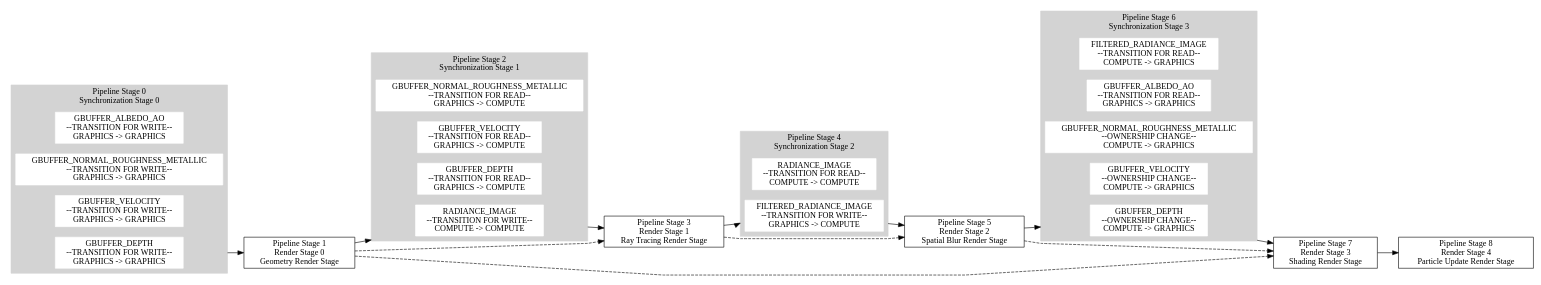
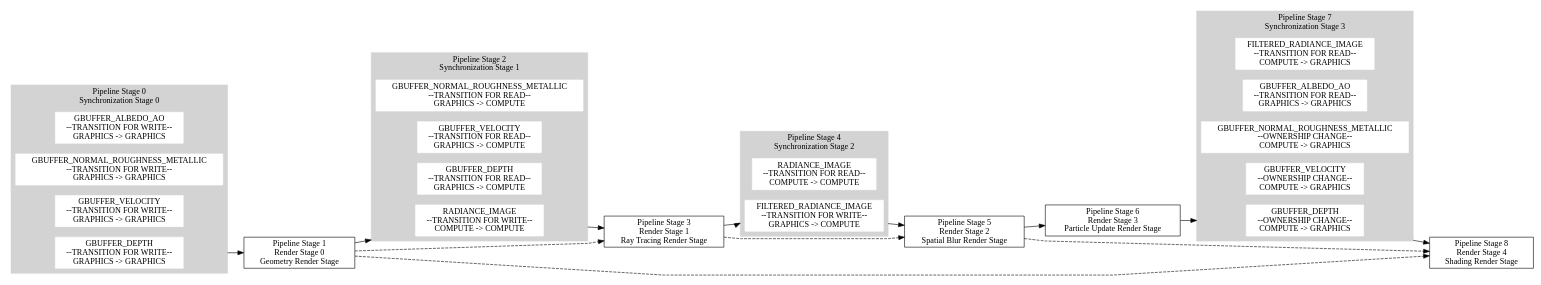
The diagram in Sandbox/rs_ord_test_render_graph.dot (IbexOmega/CrazyCanvas), drawn with Graphviz before and after one commit. The commit also changed 14 other files, not shown here.

Commit message:
Render Graph Small Refactor, Started initializing rendering stuff

```diff
--- a/Sandbox/rs_ord_test_render_graph.dot
+++ b/Sandbox/rs_ord_test_render_graph.dot
@@ -1,61 +1,61 @@
 digraph G {
 compound=true;
 	rankdir = LR;
 	splines=polyline
 	subgraph cluster0{
 		node [style=filled,color=white];
 		style = filled;
 		color = lightgrey;
 		label = "Pipeline Stage 0\nSynchronization Stage 0";
 		as0 [shape=box,label="GBUFFER_ALBEDO_AO\n--TRANSITION FOR WRITE--\nGRAPHICS -> GRAPHICS"];
 		as1 [shape=box,label="GBUFFER_NORMAL_ROUGHNESS_METALLIC\n--TRANSITION FOR WRITE--\nGRAPHICS -> GRAPHICS"];
 		as2 [shape=box,label="GBUFFER_VELOCITY\n--TRANSITION FOR WRITE--\nGRAPHICS -> GRAPHICS"];
 		as3 [shape=box,label="GBUFFER_DEPTH\n--TRANSITION FOR WRITE--\nGRAPHICS -> GRAPHICS"];
 	}
 	rs0 [shape = box, label = "Pipeline Stage 1\nRender Stage 0\nGeometry Render Stage"];
 	subgraph cluster1{
 		node [style=filled,color=white];
 		style = filled;
 		color = lightgrey;
 		label = "Pipeline Stage 2\nSynchronization Stage 1";
 		as4 [shape=box,label="GBUFFER_NORMAL_ROUGHNESS_METALLIC\n--TRANSITION FOR READ--\nGRAPHICS -> COMPUTE"];
 		as5 [shape=box,label="GBUFFER_VELOCITY\n--TRANSITION FOR READ--\nGRAPHICS -> COMPUTE"];
 		as6 [shape=box,label="GBUFFER_DEPTH\n--TRANSITION FOR READ--\nGRAPHICS -> COMPUTE"];
 		as7 [shape=box,label="RADIANCE_IMAGE\n--TRANSITION FOR WRITE--\nCOMPUTE -> COMPUTE"];
 	}
 	rs1 [shape = box, label = "Pipeline Stage 3\nRender Stage 1\nRay Tracing Render Stage"];
 	subgraph cluster2{
 		node [style=filled,color=white];
 		style = filled;
 		color = lightgrey;
 		label = "Pipeline Stage 4\nSynchronization Stage 2";
 		as8 [shape=box,label="RADIANCE_IMAGE\n--TRANSITION FOR READ--\nCOMPUTE -> COMPUTE"];
 		as9 [shape=box,label="FILTERED_RADIANCE_IMAGE\n--TRANSITION FOR WRITE--\nGRAPHICS -> COMPUTE"];
 	}
 	rs2 [shape = box, label = "Pipeline Stage 5\nRender Stage 2\nSpatial Blur Render Stage"];
+	rs3 [shape = box, label = "Pipeline Stage 6\nRender Stage 3\nParticle Update Render Stage"];
 	subgraph cluster3{
 		node [style=filled,color=white];
 		style = filled;
 		color = lightgrey;
-		label = "Pipeline Stage 6\nSynchronization Stage 3";
+		label = "Pipeline Stage 7\nSynchronization Stage 3";
 		as10 [shape=box,label="FILTERED_RADIANCE_IMAGE\n--TRANSITION FOR READ--\nCOMPUTE -> GRAPHICS"];
 		as11 [shape=box,label="GBUFFER_ALBEDO_AO\n--TRANSITION FOR READ--\nGRAPHICS -> GRAPHICS"];
 		as12 [shape=box,label="GBUFFER_NORMAL_ROUGHNESS_METALLIC\n--OWNERSHIP CHANGE--\nCOMPUTE -> GRAPHICS"];
 		as13 [shape=box,label="GBUFFER_VELOCITY\n--OWNERSHIP CHANGE--\nCOMPUTE -> GRAPHICS"];
 		as14 [shape=box,label="GBUFFER_DEPTH\n--OWNERSHIP CHANGE--\nCOMPUTE -> GRAPHICS"];
 	}
-	rs3 [shape = box, label = "Pipeline Stage 7\nRender Stage 3\nShading Render Stage"];
-	rs4 [shape = box, label = "Pipeline Stage 8\nRender Stage 4\nParticle Update Render Stage"];
+	rs4 [shape = box, label = "Pipeline Stage 8\nRender Stage 4\nShading Render Stage"];
 	as3 -> rs0[ltail=cluster0];
 	rs0 -> as7[lhead=cluster1];
 	as7 -> rs1[ltail=cluster1];
 	rs1 -> as9[lhead=cluster2];
 	as9 -> rs2[ltail=cluster2];
-	rs2 -> as14[lhead=cluster3];
-	as14 -> rs3[ltail=cluster3];
-	rs3 -> rs4
+	rs2 -> rs3
+	rs3 -> as14[lhead=cluster3];
+	as14 -> rs4[ltail=cluster3];
+	rs0 -> rs4[style=dashed];
 	rs0 -> rs1[style=dashed];
-	rs0 -> rs3[style=dashed];
 	rs1 -> rs2[style=dashed];
-	rs2 -> rs3[style=dashed];
+	rs2 -> rs4[style=dashed];
 }
```
